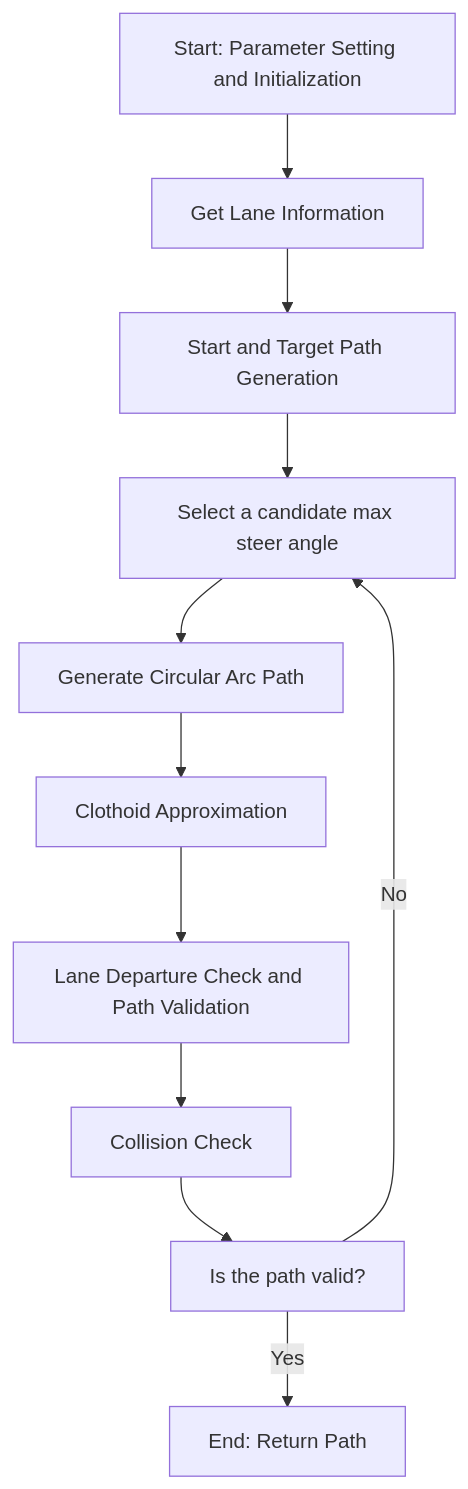
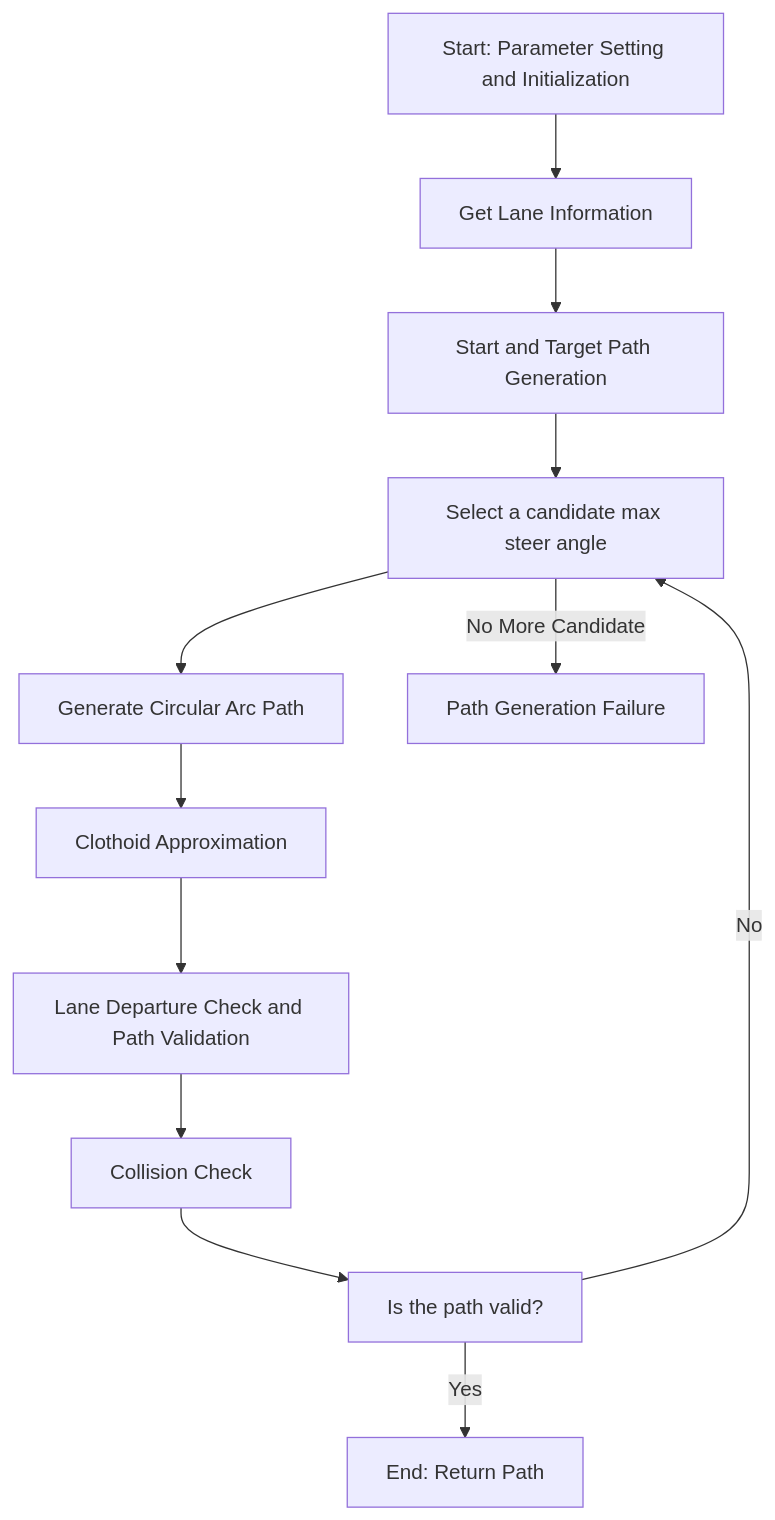
One commit to autowarefoundation/autoware_universe changed the fourth of 4 diagrams in planning/behavior_path_planner/autoware_behavior_path_start_planner_module/README.md. Above: the diagram before and after it, drawn with Mermaid.

Commit message:
modify flow chart

````diff
--- a/planning/behavior_path_planner/autoware_behavior_path_start_planner_module/README.md
+++ b/planning/behavior_path_planner/autoware_behavior_path_start_planner_module/README.md
@@ -548,13 +548,14 @@
 ```mermaid
 flowchart TD
     A[Start: Parameter Setting and Initialization] --> B[Get Lane Information]
     B --> C[Start and Target Path Generation]
     C --> D[Select a candidate max steer angle]
     D --> E[Generate Circular Arc Path]
     E --> F[Clothoid Approximation]
     F --> G[Lane Departure Check and Path Validation]
     G --> H[Collision Check]
     H --> I[Is the path valid?]
     I -->|No| D
     I -->|Yes| J[End: Return Path]
+    D -->|No More Candidate| K[Path Generation Failure]
 ```
````
